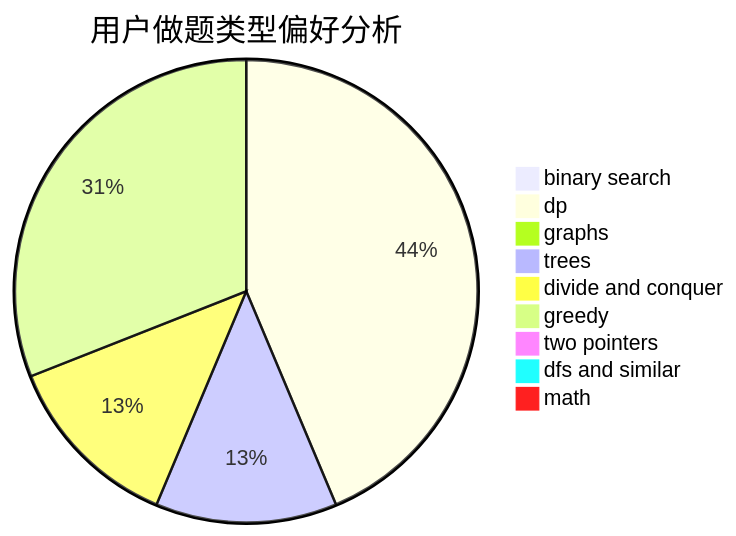
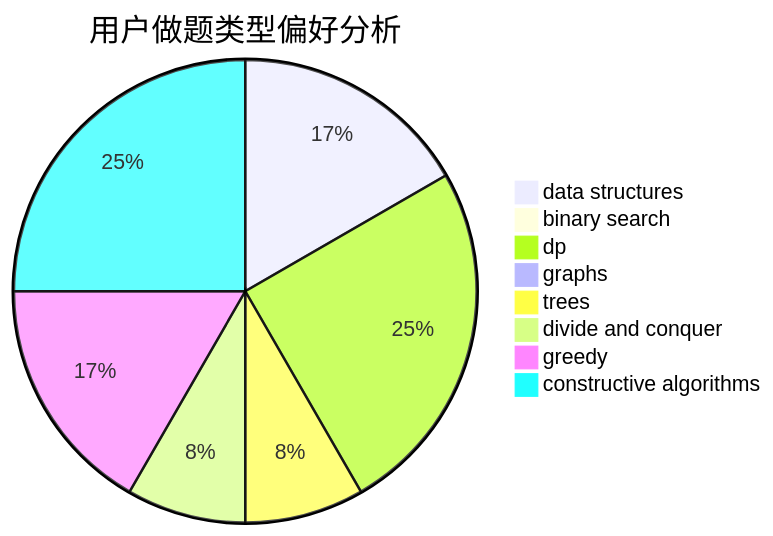
The second of 3 diagrams in docs/user/u2037.md (sherpahu/cfrs.github.io), drawn with Mermaid before and after one commit. The commit also changed other lines of this file and 2775 other files, not shown here.

````diff
--- a/docs/user/u2037.md
+++ b/docs/user/u2037.md
@@ -23,12 +23,11 @@
 ```mermaid
 pie title 用户做题类型偏好分析
+    "data structures" :  18
     "binary search" :  0
-    "dp" :  31
+    "dp" :  27
     "graphs" :  0
     "trees" :  9
     "divide and conquer" :  9
-    "greedy" :  22
-    "two pointers" :  0
-    "dfs and similar" :  0
-    "math" :  0
+    "greedy" :  18
+    "constructive algorithms" :  27
 ```
````
